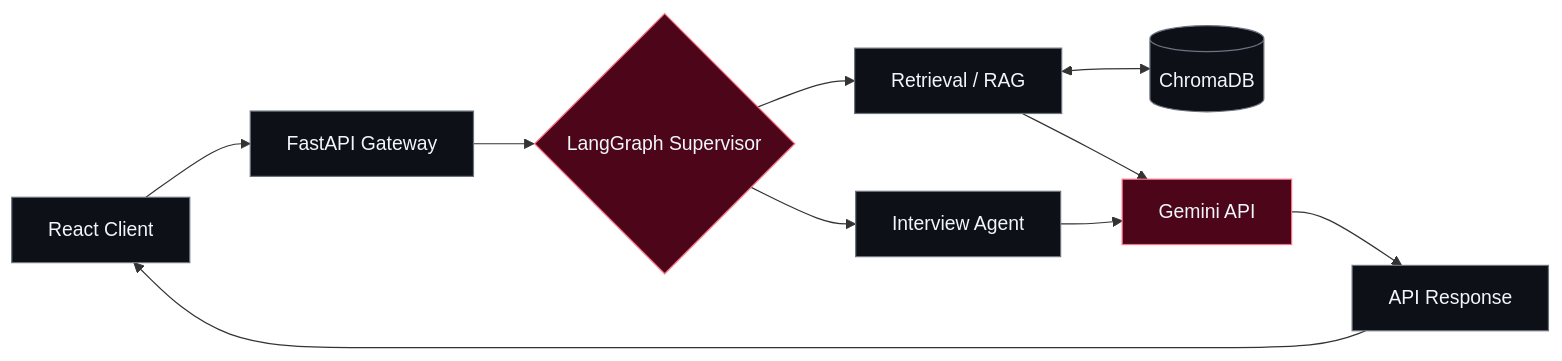
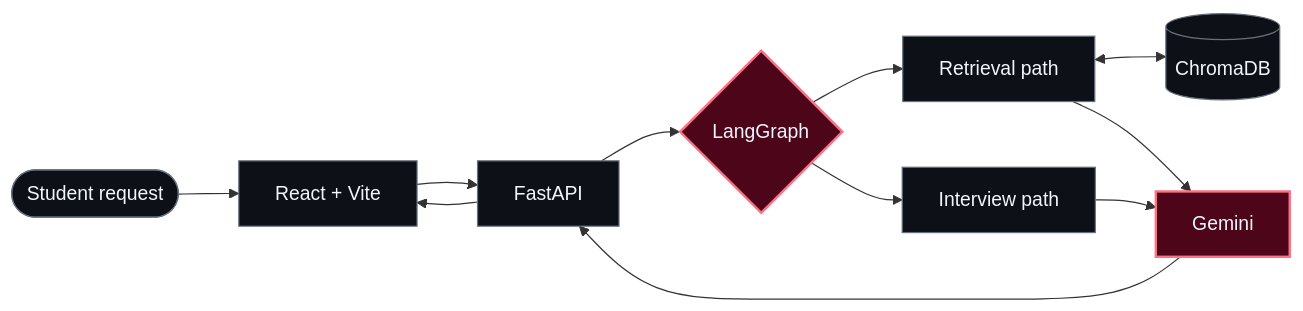
One commit to harsh24239/harsh24239 changed the first of 2 diagrams in README.md. Above: the diagram before and after it, drawn with Mermaid. The commit also changed other lines of this file, not shown here.

````diff
--- a/README.md
+++ b/README.md
@@ -119,16 +113,17 @@
 ```mermaid
 flowchart LR
-    UI["React Client"] --> API["FastAPI Gateway"]
-    API --> SUP{"LangGraph Supervisor"}
-    SUP --> RET["Retrieval / RAG"]
-    SUP --> INT["Interview Agent"]
-    RET <--> DB[("ChromaDB")]
-    RET --> LLM["Gemini API"]
-    INT --> LLM
-    LLM --> RES["API Response"]
-    RES --> UI
-    classDef accent fill:#4C0519,stroke:#FB7185,color:#F0F6FC;
-    classDef base fill:#0D1117,stroke:#6B7280,color:#F0F6FC;
-    class SUP,LLM accent;
-    class UI,API,RET,INT,DB,RES base;
+    USER(["Student request"]) --> WEB["React + Vite"]
+    WEB --> API["FastAPI"]
+    API --> SUP{"LangGraph"}
+    SUP --> RAG["Retrieval path"]
+    SUP --> INT["Interview path"]
+    RAG <--> DB[("ChromaDB")]
+    RAG --> GEN["Gemini"]
+    INT --> GEN
+    GEN --> API
+    API --> WEB
+    classDef ruby fill:#4C0519,stroke:#FB7185,color:#F0F6FC,stroke-width:2px;
+    classDef graphite fill:#0D1117,stroke:#67707D,color:#F0F6FC;
+    class SUP,GEN ruby;
+    class USER,WEB,API,RAG,INT,DB graphite;
 ```
````
